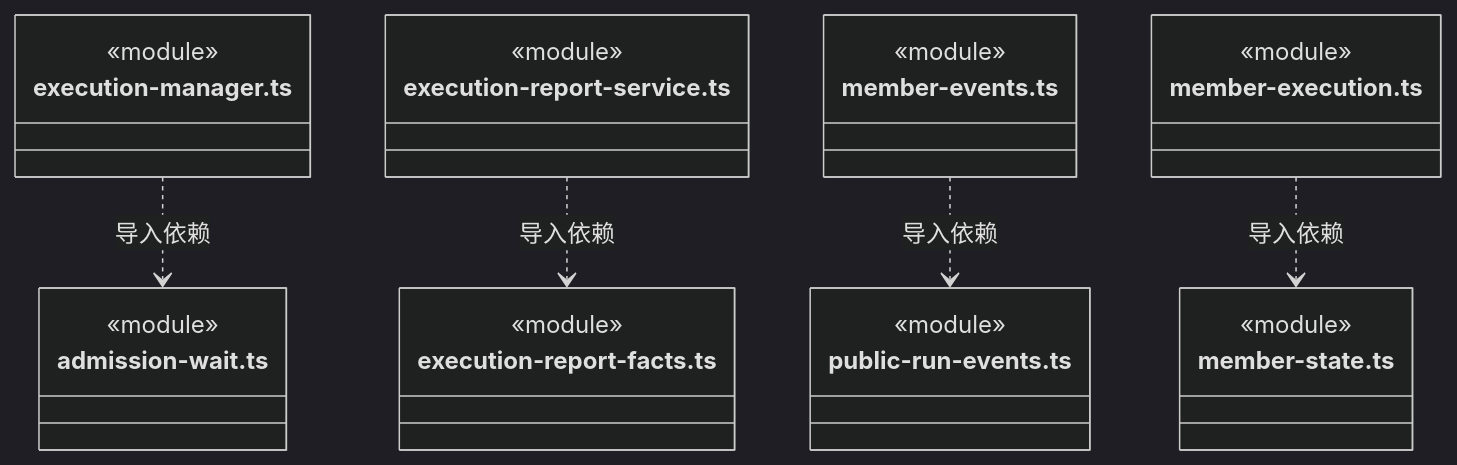
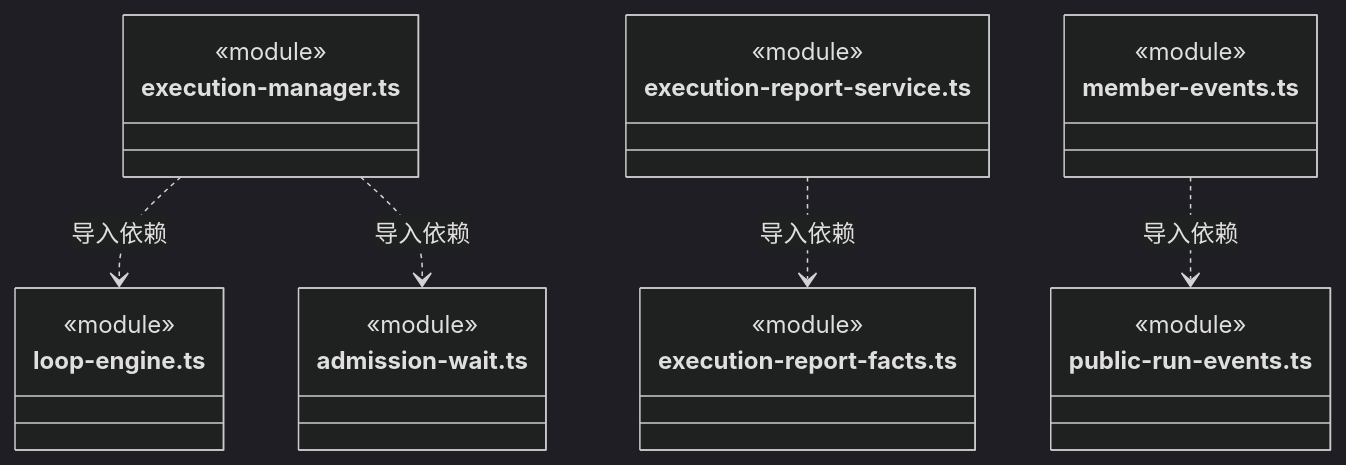
Before and after one commit to nan023062/cbim: diagram 43 of 52 in src/backend/scheduler-engine/execution/ARCHITECTURE.md, drawn with Mermaid (dark theme). The commit also changed other lines of this file and 56 other files, not shown here.

````diff
--- a/src/backend/scheduler-engine/execution/ARCHITECTURE.md
+++ b/src/backend/scheduler-engine/execution/ARCHITECTURE.md
@@ -1139,31 +1171,28 @@
 ```mermaid
 classDiagram
 class N_src_backend_scheduler_engine_execution_execution_manager_ts["execution-manager.ts"] {
+  <<module>>
+}
+class N_src_backend_scheduler_engine_execution_loop_engine_ts["loop-engine.ts"] {
   <<module>>
 }
 class N_src_backend_scheduler_engine_execution_admission_wait_ts["admission-wait.ts"] {
   <<module>>
 }
 class N_src_backend_scheduler_engine_execution_execution_report_service_ts["execution-report-service.ts"] {
   <<module>>
 }
 class N_src_backend_scheduler_engine_execution_execution_report_facts_ts["execution-report-facts.ts"] {
   <<module>>
 }
 class N_src_backend_scheduler_engine_execution_member_events_ts["member-events.ts"] {
   <<module>>
 }
 class N_src_backend_scheduler_engine_execution_public_run_events_ts["public-run-events.ts"] {
   <<module>>
 }
-class N_src_backend_scheduler_engine_execution_member_execution_ts["member-execution.ts"] {
-  <<module>>
-}
-class N_src_backend_scheduler_engine_execution_member_state_ts["member-state.ts"] {
-  <<module>>
-}
+N_src_backend_scheduler_engine_execution_execution_manager_ts ..> N_src_backend_scheduler_engine_execution_loop_engine_ts : 导入依赖
 N_src_backend_scheduler_engine_execution_execution_manager_ts ..> N_src_backend_scheduler_engine_execution_admission_wait_ts : 导入依赖
 N_src_backend_scheduler_engine_execution_execution_report_service_ts ..> N_src_backend_scheduler_engine_execution_execution_report_facts_ts : 导入依赖
 N_src_backend_scheduler_engine_execution_member_events_ts ..> N_src_backend_scheduler_engine_execution_public_run_events_ts : 导入依赖
-N_src_backend_scheduler_engine_execution_member_execution_ts ..> N_src_backend_scheduler_engine_execution_member_state_ts : 导入依赖
 ```
````
